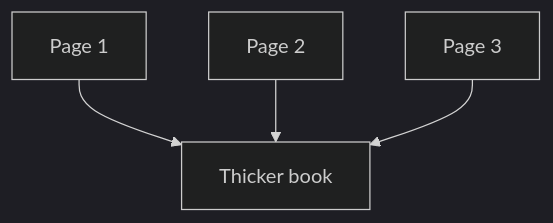
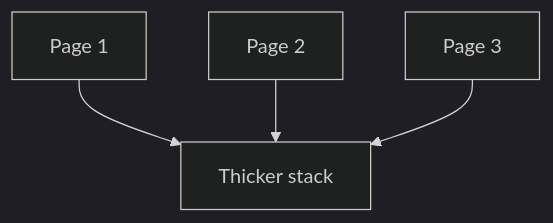
One commit to vijaykumarjob0701/theintelliwise changed the third of 3 diagrams in _posts/2026-09-21-coordinate-vector-matrix-tensor.md. Above: the diagram before and after it, drawn with Mermaid (dark theme). The commit also changed other lines of this file and 7 other files, not shown here.

````diff
--- a/_posts/2026-09-21-coordinate-vector-matrix-tensor.md
+++ b/_posts/2026-09-21-coordinate-vector-matrix-tensor.md
@@ -156,6 +146,6 @@
 ```mermaid
 flowchart TB
-  P1[Page 1] --> B[Thicker book]
+  P1[Page 1] --> B[Thicker stack]
   P2[Page 2] --> B
   P3[Page 3] --> B
 ```
````
